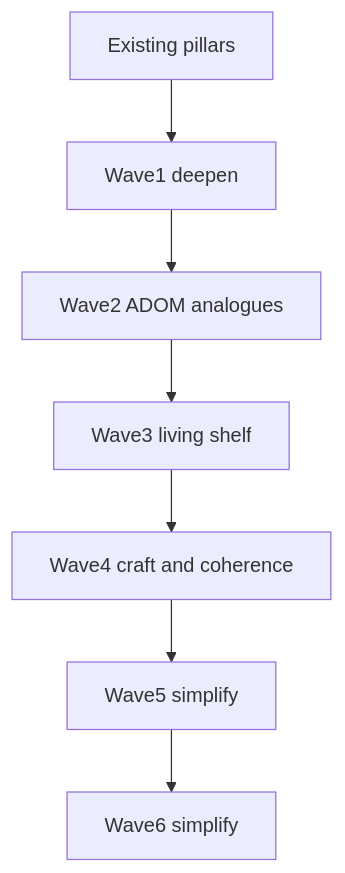
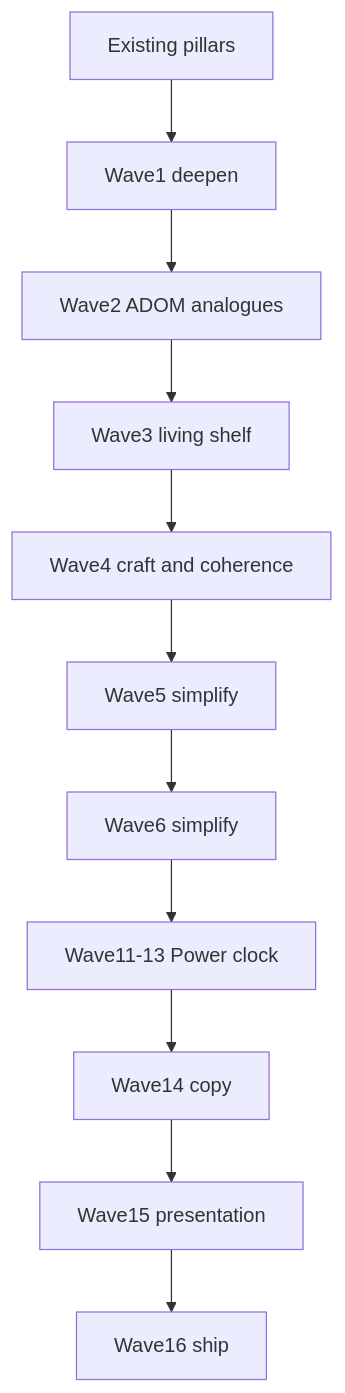
One commit to tomaszwojcikowski/extraction-window changed the diagram in docs/ADOM_DEPTH.md. Above: the diagram before and after it, drawn with Mermaid. The commit also changed other lines of this file and 8 other files, not shown here.

First line of the commit message:
docs: refresh canon for Power-only clock and plan waves 14–16

````diff
--- a/docs/ADOM_DEPTH.md
+++ b/docs/ADOM_DEPTH.md
@@ -9,11 +9,16 @@
 ```mermaid
 flowchart TB
   pillars[Existing pillars]
   wave1[Wave1 deepen]
   wave2[Wave2 ADOM analogues]
   wave3[Wave3 living shelf]
   wave4[Wave4 craft and coherence]
   wave5[Wave5 simplify]
   wave6[Wave6 simplify]
+  wave11[Wave11-13 Power clock]
+  wave14[Wave14 copy]
+  wave15[Wave15 presentation]
+  wave16[Wave16 ship]
   pillars --> wave1 --> wave2 --> wave3 --> wave4 --> wave5 --> wave6
+  wave6 --> wave11 --> wave14 --> wave15 --> wave16
 ```
````
